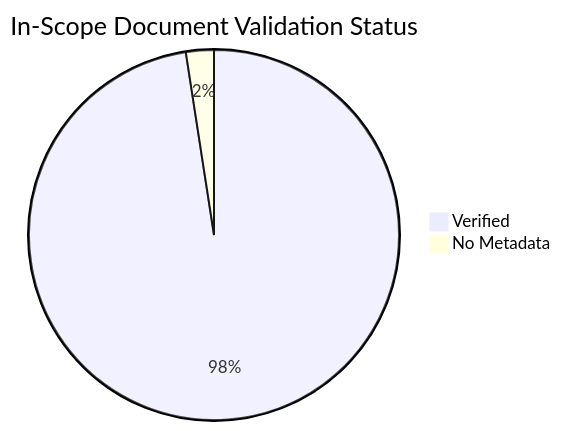
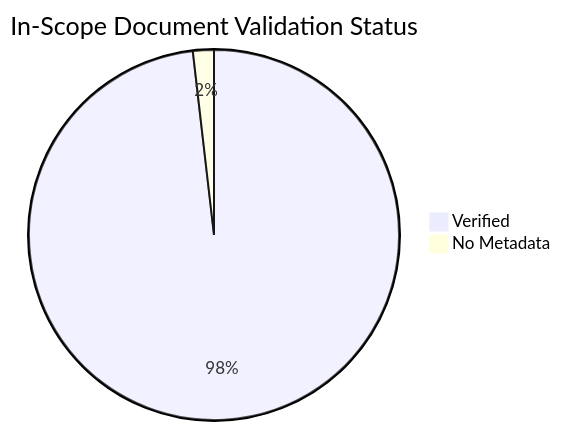
Before and after one commit to yeongseon/azure-container-apps-practical-guide: the diagram in docs/reference/content-validation-status.md, drawn with Mermaid. The commit also changed other lines of this file and 13 other files, not shown here.

Commit message:
docs(diagrams): migrate the Container Apps troubleshooting overview diagrams (#616)

````diff
--- a/docs/reference/content-validation-status.md
+++ b/docs/reference/content-validation-status.md
@@ -25,5 +25,5 @@
 ```mermaid
 pie title In-Scope Document Validation Status
-    "Verified" : 160
-    "No Metadata" : 4
+    "Verified" : 161
+    "No Metadata" : 3
 ```
````
